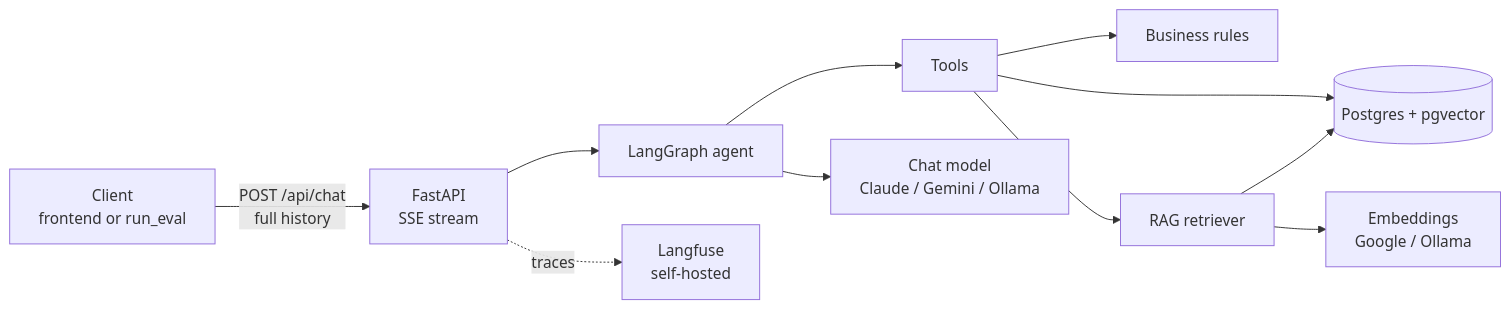
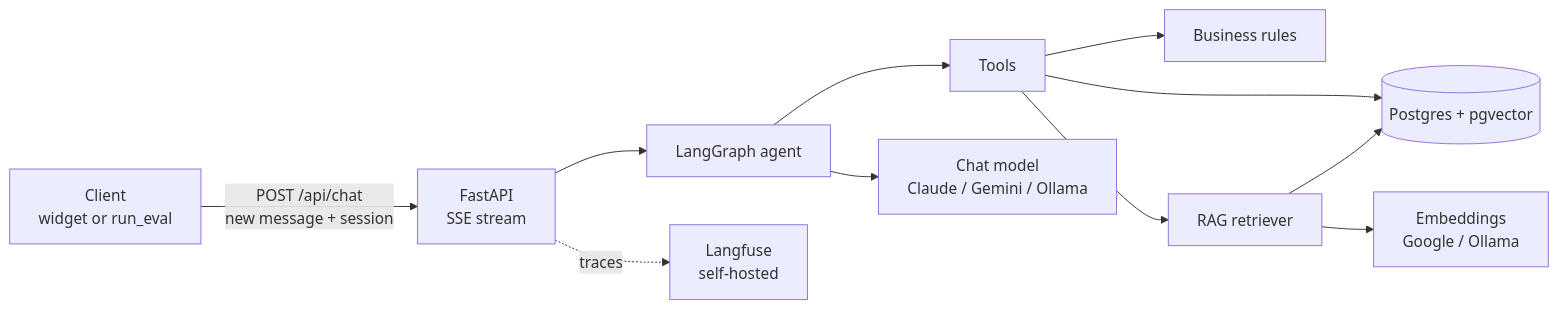
One commit to TheMutsi/ai-sales-support-agent changed the first of 2 diagrams in docs/architecture.md. Above: the diagram before and after it, drawn with Mermaid. The commit also changed other lines of this file and 3 other files, not shown here.

First line of the commit message:
Document the identity model: ADR-0014, the architecture map and the Stage 10a status (#88)

````diff
--- a/docs/architecture.md
+++ b/docs/architecture.md
@@ -9,13 +9,13 @@
 ```mermaid
 flowchart LR
-  client[Client<br/>frontend or run_eval] -- "POST /api/chat<br/>full history" --> api[FastAPI<br/>SSE stream]
+  client[Client<br/>widget or run_eval] -- "POST /api/chat<br/>new message + session" --> api[FastAPI<br/>SSE stream]
   api --> agent[LangGraph agent]
   agent --> tools[Tools]
   tools --> business[Business rules]
   tools --> rag[RAG retriever]
   tools --> pg[(Postgres + pgvector)]
   rag --> pg
   agent --> llm[Chat model<br/>Claude / Gemini / Ollama]
   rag --> emb[Embeddings<br/>Google / Ollama]
   api -. traces .-> langfuse[Langfuse<br/>self-hosted]
 ```
````
